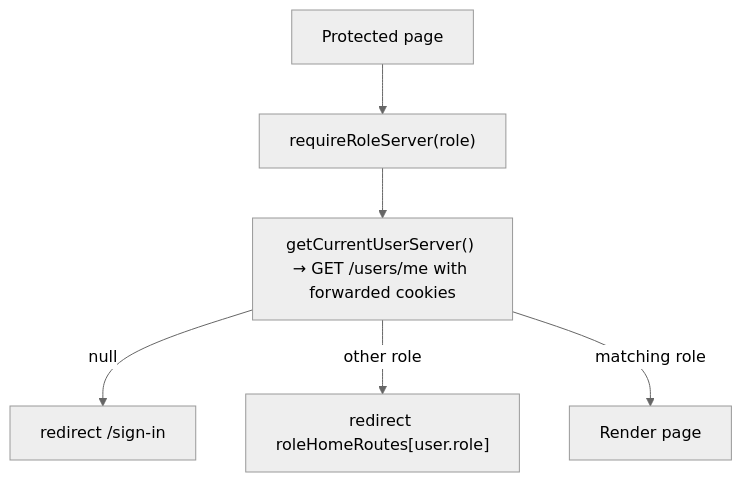
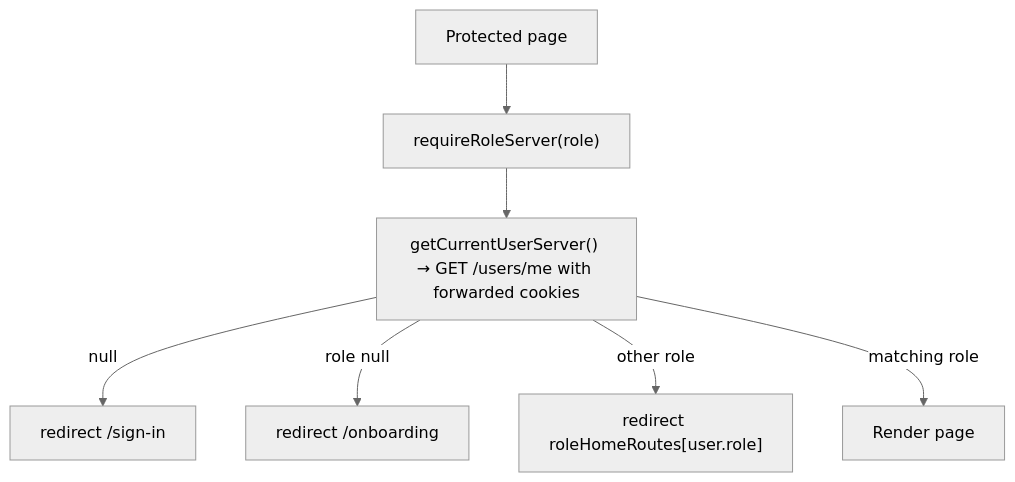
Before and after one commit to KaterynaKocheharova/Practice-app: the diagram in front/src/docs/architecture/role-access.md, drawn with Mermaid (neutral theme). The commit also changed other lines of this file and 101 other files, not shown here.

Commit message:
complete frontend auth flow update: leave google oauth only & add onboarding flows

````diff
--- a/front/src/docs/architecture/role-access.md
+++ b/front/src/docs/architecture/role-access.md
@@ -41,8 +44,9 @@
 ```mermaid
 flowchart TD
   Page[Protected page] --> Guard["requireRoleServer(role)"]
   Guard --> Me["getCurrentUserServer() → GET /users/me with forwarded cookies"]
   Me -->|null| SignIn["redirect /sign-in"]
+  Me -->|role null| Onboarding["redirect /onboarding"]
   Me -->|other role| Home["redirect roleHomeRoutes[user.role]"]
   Me -->|matching role| Render[Render page]
 ```
````
